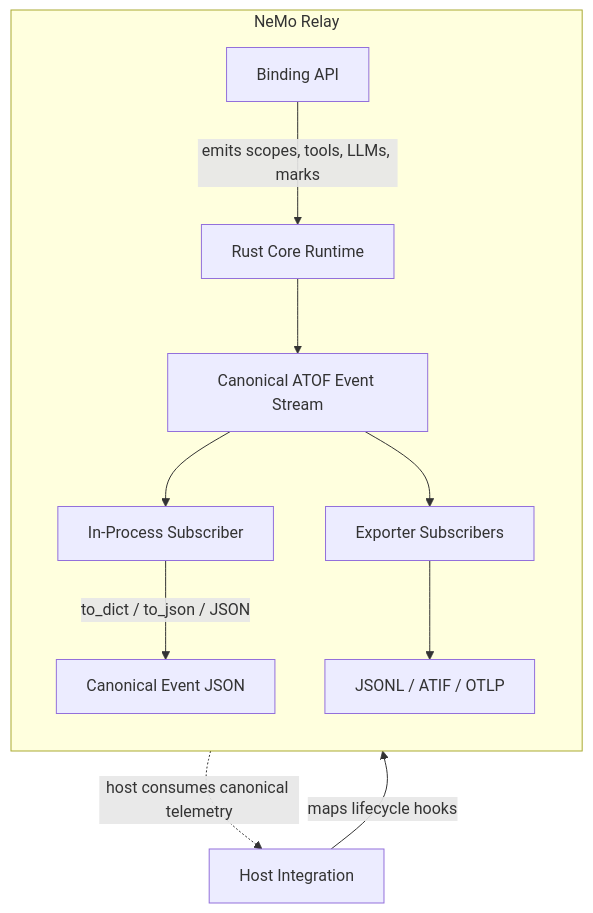
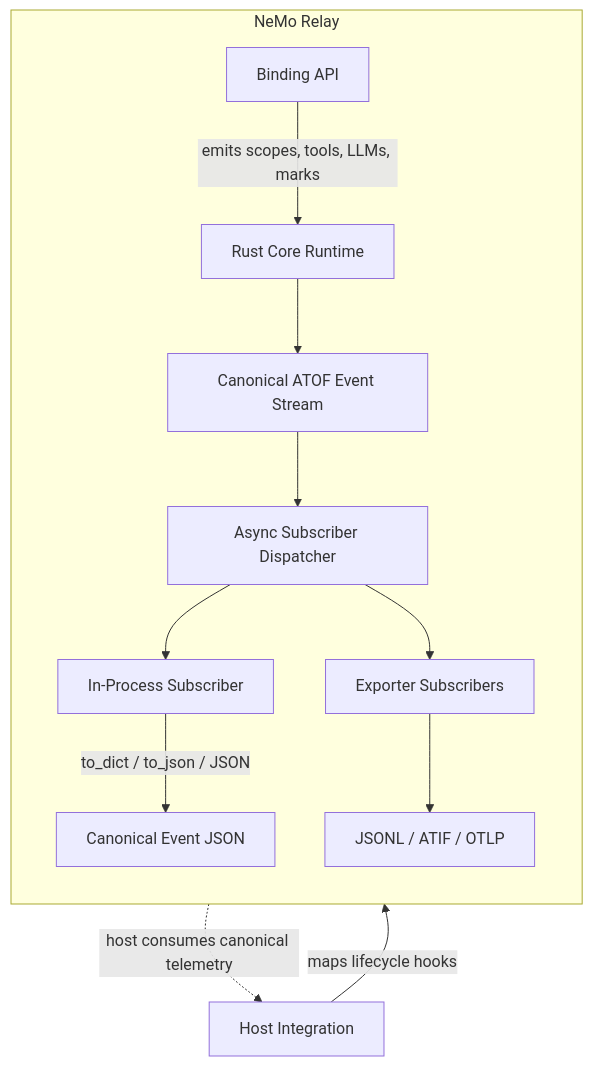
One commit to NVIDIA/NeMo-Relay changed the diagram in fern/pages-dev/about-nemo-relay/concepts/subscribers.mdx. Above: the diagram before and after it, drawn with Mermaid. The commit also changed other lines of this file and 116 other files, not shown here.

````diff
--- a/fern/pages-dev/about-nemo-relay/concepts/subscribers.mdx
+++ b/fern/pages-dev/about-nemo-relay/concepts/subscribers.mdx
@@ -83,25 +91,27 @@
 ```mermaid
 flowchart
     Host[Host Integration]
 
     subgraph NeMoFlow[NeMo Relay]
         direction TB
         Binding[Binding API]
         Core[Rust Core Runtime]
         Events[Canonical ATOF Event Stream]
+        Dispatcher[Async Subscriber Dispatcher]
         Observer[In-Process Subscriber]
         Json[Canonical Event JSON]
         Exporters[Exporter Subscribers]
         Backends[JSONL / ATIF / OTLP]
 
         Binding -->|emits scopes, tools, LLMs, marks| Core
         Core --> Events
-        Events --> Observer
+        Events --> Dispatcher
+        Dispatcher --> Observer
         Observer -->|to_dict / to_json / JSON| Json
-        Events --> Exporters
+        Dispatcher --> Exporters
         Exporters --> Backends
     end
 
     Host -->|maps lifecycle hooks| Binding
     Json -. host consumes canonical telemetry .-> Host
 ```
````
